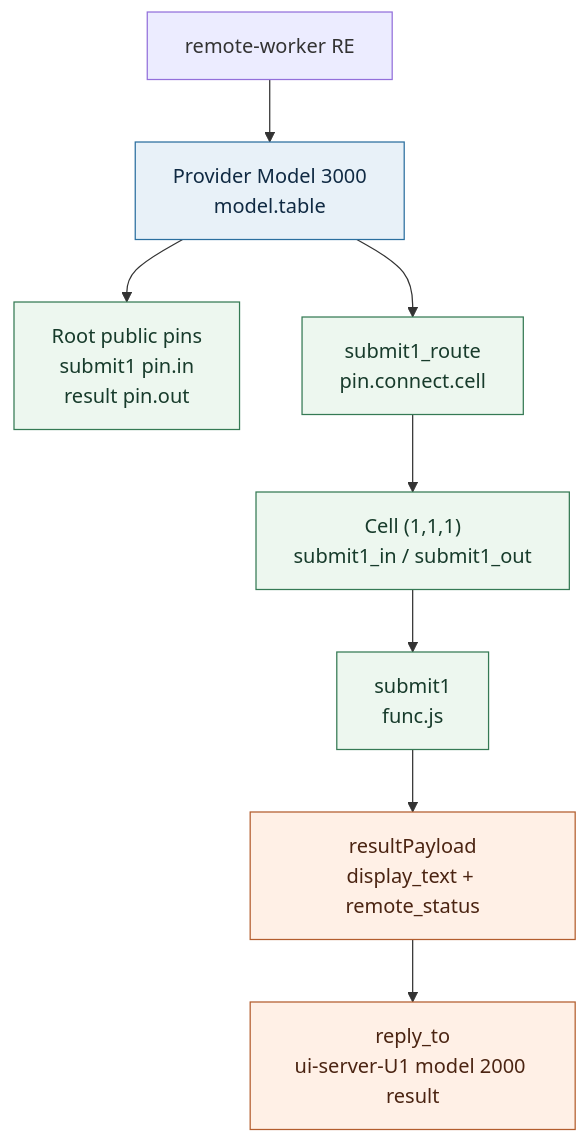
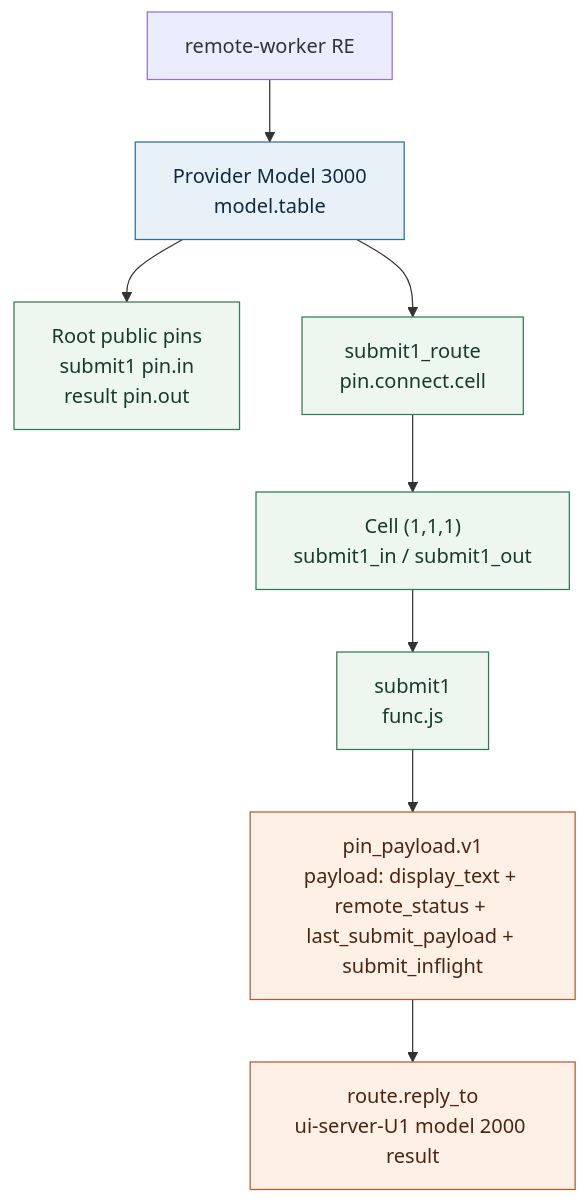
One commit to drooop/dongyu_js_core changed the second of 4 diagrams in docs/user-guide/slide-app-runtime/minimal_submit_app_provider_visualized.md. Above: the diagram before and after it, drawn with Mermaid. The commit also changed other lines of this file and 54 other files, not shown here.

````diff
--- a/docs/user-guide/slide-app-runtime/minimal_submit_app_provider_visualized.md
+++ b/docs/user-guide/slide-app-runtime/minimal_submit_app_provider_visualized.md
@@ -40,17 +40,17 @@
 ```mermaid
 flowchart TB
   R1["remote-worker RE"] --> M3000["Provider Model 3000<br/>model.table"]
   M3000 --> Pins["Root public pins<br/>submit1 pin.in<br/>result pin.out"]
   M3000 --> Routes["submit1_route<br/>pin.connect.cell"]
   Routes --> ProgramCell["Cell (1,1,1)<br/>submit1_in / submit1_out"]
   ProgramCell --> Func["submit1<br/>func.js"]
-  Func --> Result["resultPayload<br/>display_text + remote_status"]
-  Result --> Topic["reply_to<br/>ui-server-U1 model 2000 result"]
+  Func --> Result["pin_payload.v1<br/>payload: display_text + remote_status + last_submit_payload + submit_inflight"]
+  Result --> Topic["route.reply_to<br/>ui-server-U1 model 2000 result"]
 
   classDef table fill:#e8f1f8,stroke:#2b6f9f,color:#102a43;
   classDef pin fill:#edf7ef,stroke:#357a54,color:#173b2b;
   classDef out fill:#fff0e6,stroke:#b35d2e,color:#4b2412;
   class M3000 table;
   class Pins,Routes,ProgramCell,Func pin;
   class Result,Topic out;
 ```
````
